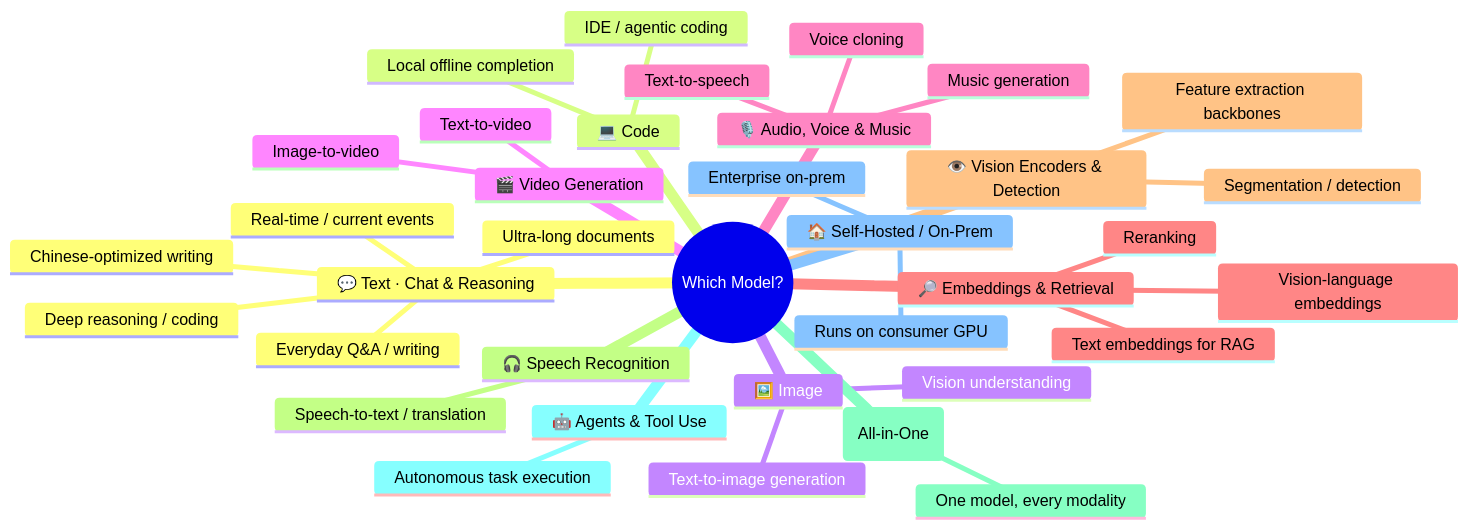
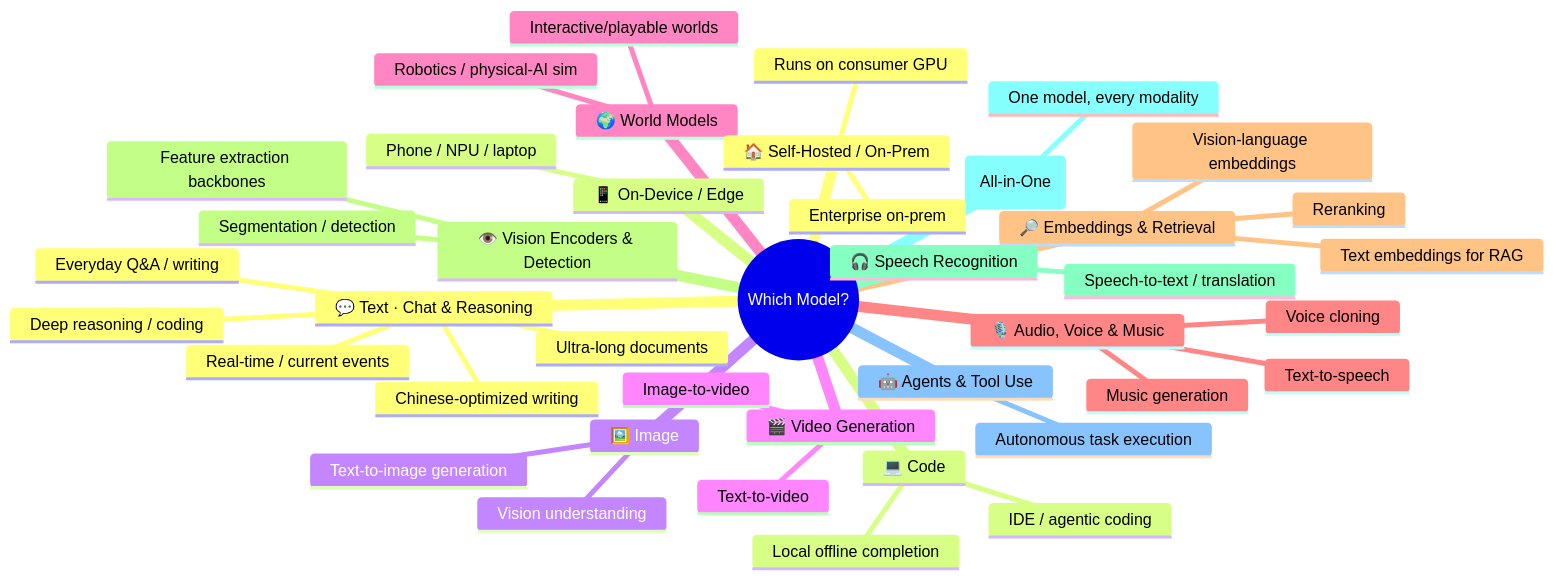
Before and after one commit to HoobenWang/awesome-llm-landscape: the first of 3 diagrams in README.md, drawn with Mermaid. The commit also changed other lines of this file and 2 other files, not shown here.

First line of the commit message:
Add world models, full Google AI portfolio, on-device models, version bumps

````diff
--- a/README.md
+++ b/README.md
@@ -50,39 +52,44 @@
 ```mermaid
 mindmap
   root((Which Model?))
     💬 Text · Chat & Reasoning
       Everyday Q&A / writing
       Deep reasoning / coding
       Ultra-long documents
       Chinese-optimized writing
       Real-time / current events
     💻 Code
       IDE / agentic coding
       Local offline completion
     🖼️ Image
       Vision understanding
       Text-to-image generation
     🎬 Video Generation
       Text-to-video
       Image-to-video
+    🌍 World Models
+      Interactive/playable worlds
+      Robotics / physical-AI sim
     🎙️ Audio, Voice & Music
       Text-to-speech
       Voice cloning
       Music generation
     🔎 Embeddings & Retrieval
       Text embeddings for RAG
       Vision-language embeddings
       Reranking
     👁️ Vision Encoders & Detection
       Feature extraction backbones
       Segmentation / detection
     🎧 Speech Recognition
       Speech-to-text / translation
     🧩 Omni (All-in-One)
       One model, every modality
     🤖 Agents & Tool Use
       Autonomous task execution
     🏠 Self-Hosted / On-Prem
       Runs on consumer GPU
       Enterprise on-prem
+    📱 On-Device / Edge
+      Phone / NPU / laptop
 ```
````
